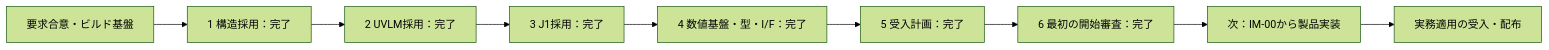
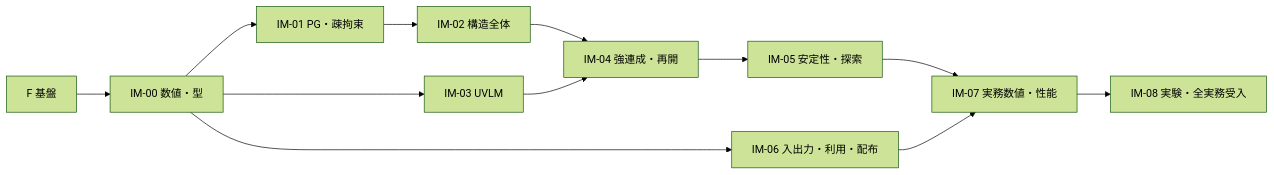
Before and after one commit to YUKIKEDA/UVLAS: the diagram in docs/roadmap.md, drawn with Mermaid (forest theme). The commit also changed other lines of this file and 4179 other files, not shown here.

````diff
--- a/docs/roadmap.md
+++ b/docs/roadmap.md
@@ -60,11 +15,14 @@
 ```mermaid
 flowchart LR
-    A[要求合意・ビルド基盤] --> B[1 構造採用：完了]
-    B --> C[2 UVLM採用：完了]
-    C --> D[3 J1採用：完了]
-    D --> E[4 数値基盤・型・I/F：完了]
-    E --> F[5 受入計画：完了]
-    F --> G[6 最初の開始審査：完了]
-    G --> H[次：IM-00から製品実装]
-    H --> I[実務適用の受入・配布]
+  F[F 基盤] --> A[IM-00 数値・型]
+  A --> B[IM-01 PG・疎拘束]
+  B --> C[IM-02 構造全体]
+  A --> D[IM-03 UVLM]
+  C --> E[IM-04 強連成・再開]
+  D --> E
+  E --> G[IM-05 安定性・探索]
+  A --> H[IM-06 入出力・利用・配布]
+  G --> I[IM-07 実務数値・性能]
+  H --> I
+  I --> J[IM-08 実験・全実務受入]
 ```
````
